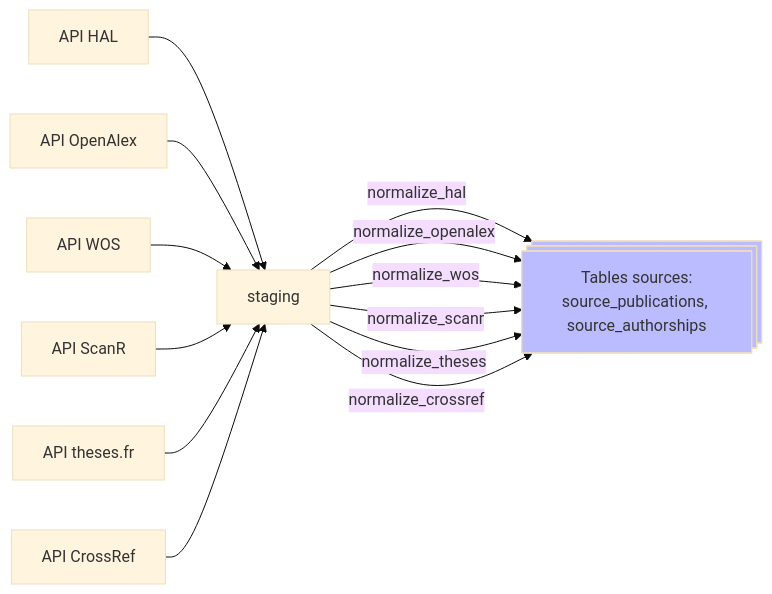
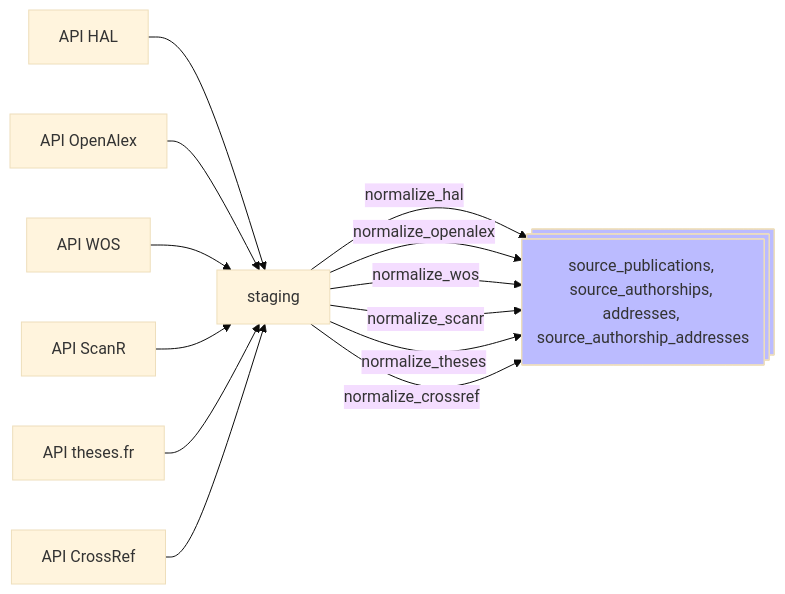
One commit to Y33sha/bibliometrie-uca changed the second of 10 diagrams in docs/pipeline.md. Above: the diagram before and after it, drawn with Mermaid (base theme). The commit also changed 9 other files, not shown here.

````diff
--- a/docs/pipeline.md
+++ b/docs/pipeline.md
@@ -82,12 +82,11 @@
 ```mermaid
 flowchart LR
-    A[API HAL]-->B[staging]-->|normalize_hal|G@{ shape: processes, label: "Tables sources:
-    source_publications, source_authorships" }
+    A[API HAL]-->B[staging]-->|normalize_hal|G@{ shape: processes, label: "source_publications, source_authorships, addresses, source_authorship_addresses" }
     C[API OpenAlex]-->B-->|normalize_openalex|G
     E[API WOS]-->B-->|normalize_wos|G
     K[API ScanR]-->B-->|normalize_scanr|G
     L[API theses.fr]-->B-->|normalize_theses|G
     M[API CrossRef]-->B-->|normalize_crossref|G
     classDef new  fill:#bbf
     class G new;
 ```
````
